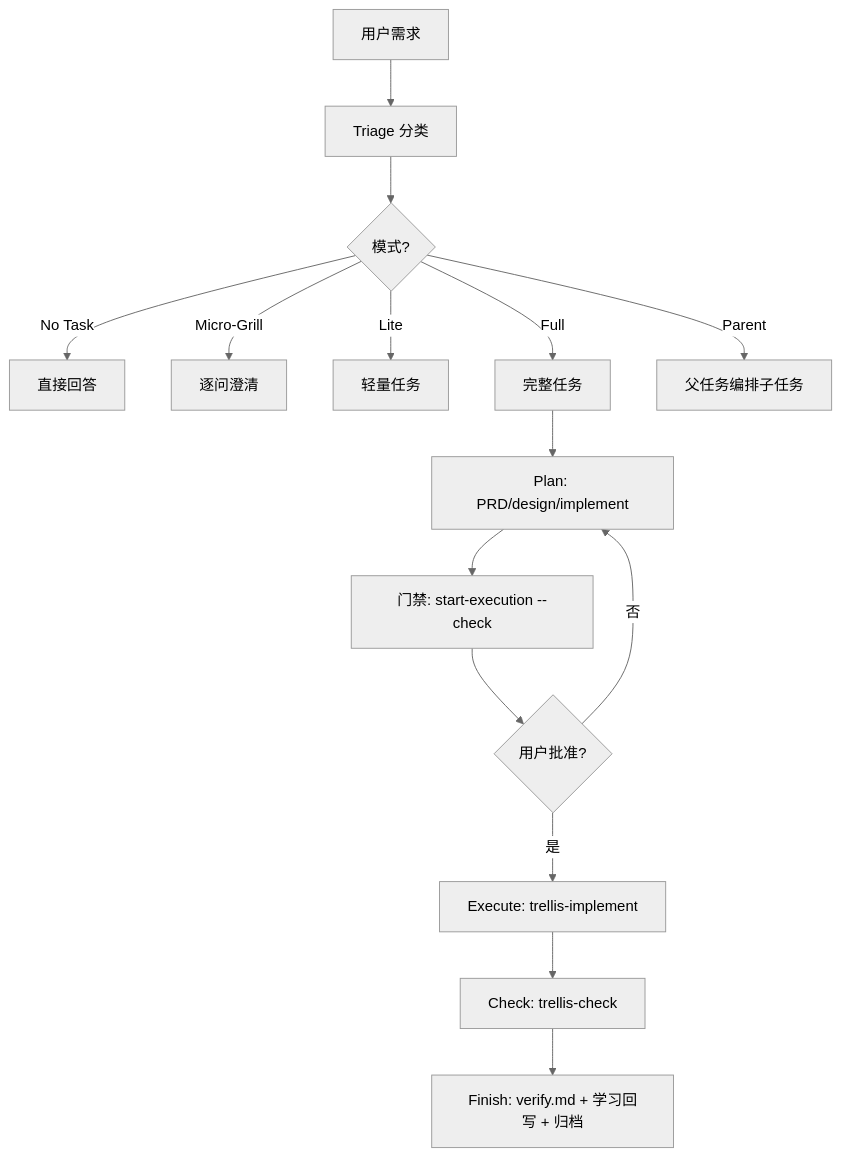
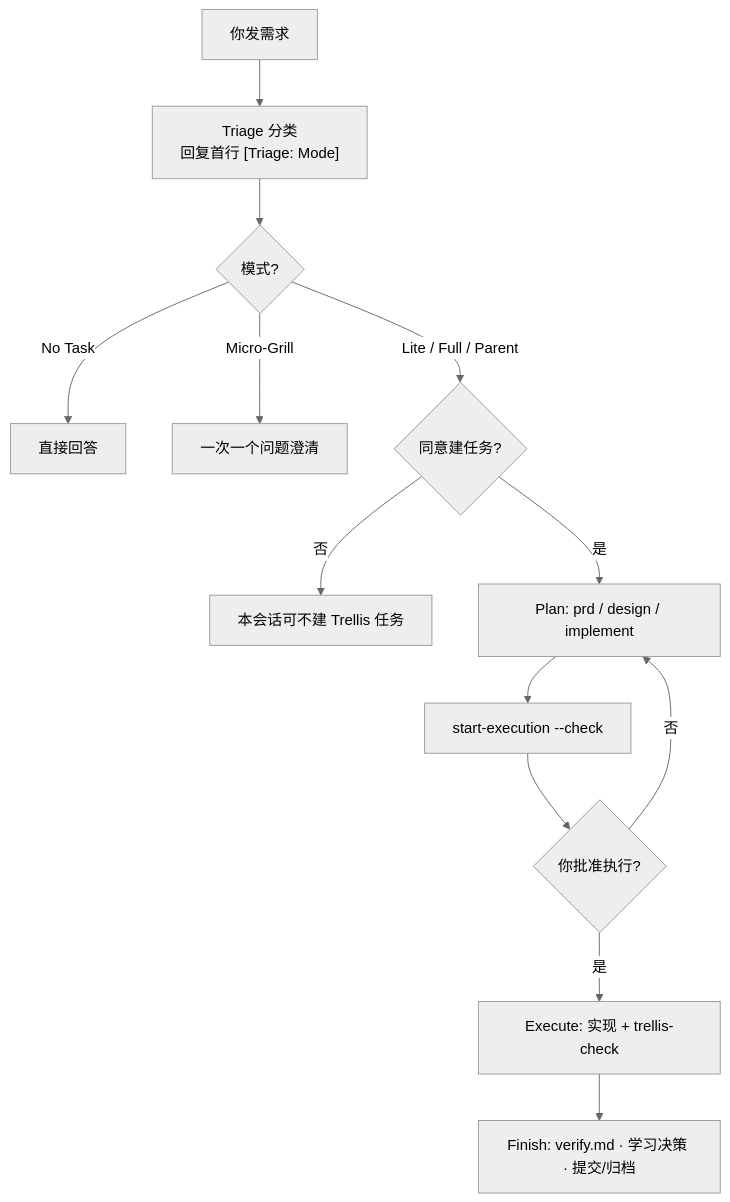
Before and after one commit to blxzer77/cursor-trellis: the second of 5 diagrams in docs/community/linux-do-release.md, drawn with Mermaid (neutral theme). The commit also changed other lines of this file and 23 other files, not shown here.

````diff
--- a/docs/community/linux-do-release.md
+++ b/docs/community/linux-do-release.md
@@ -43,17 +80,15 @@
 ```mermaid
 flowchart TD
-  A[用户需求] --> B[Triage 分类]
-  B --> C{模式?}
-  C -->|No Task| D1[直接回答]
-  C -->|Micro-Grill| D2[逐问澄清]
-  C -->|Lite| D3[轻量任务]
-  C -->|Full| D4[完整任务]
-  C -->|Parent| D5[父任务编排子任务]
-  D4 --> E[Plan: PRD/design/implement]
-  E --> F[门禁: start-execution --check]
-  F --> G{用户批准?}
-  G -->|是| H[Execute: trellis-implement]
-  H --> I[Check: trellis-check]
-  I --> J[Finish: verify.md + 学习回写 + 归档]
-  G -->|否| E
+  start[你发需求] --> triage["Triage 分类<br/>回复首行 [Triage: Mode]"]
+  triage --> nt{模式?}
+  nt -->|No Task| ans[直接回答]
+  nt -->|Micro-Grill| mg[一次一个问题澄清]
+  nt -->|Lite / Full / Parent| consent{同意建任务?}
+  consent -->|否| skip[本会话可不建 Trellis 任务]
+  consent -->|是| plan[Plan: prd / design / implement]
+  plan --> gate["start-execution --check"]
+  gate --> ok{你批准执行?}
+  ok -->|否| plan
+  ok -->|是| exec[Execute: 实现 + trellis-check]
+  exec --> fin[Finish: verify.md · 学习决策 · 提交/归档]
 ```
````
